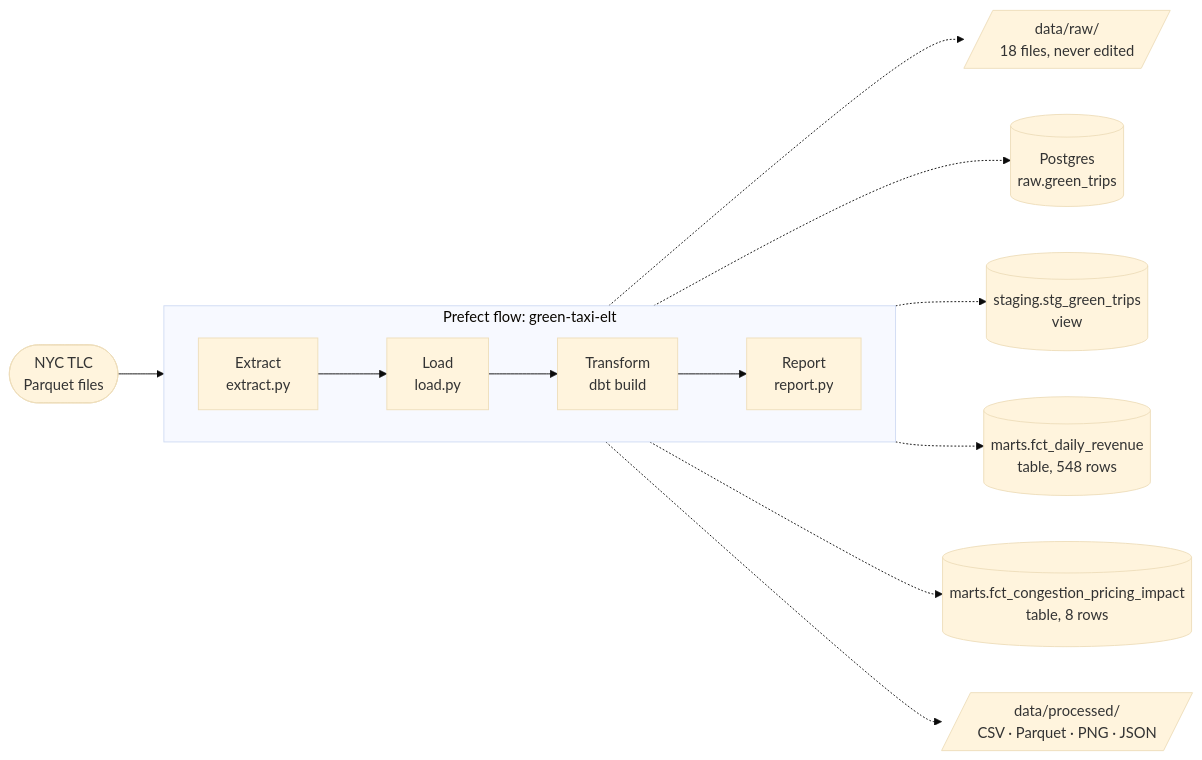
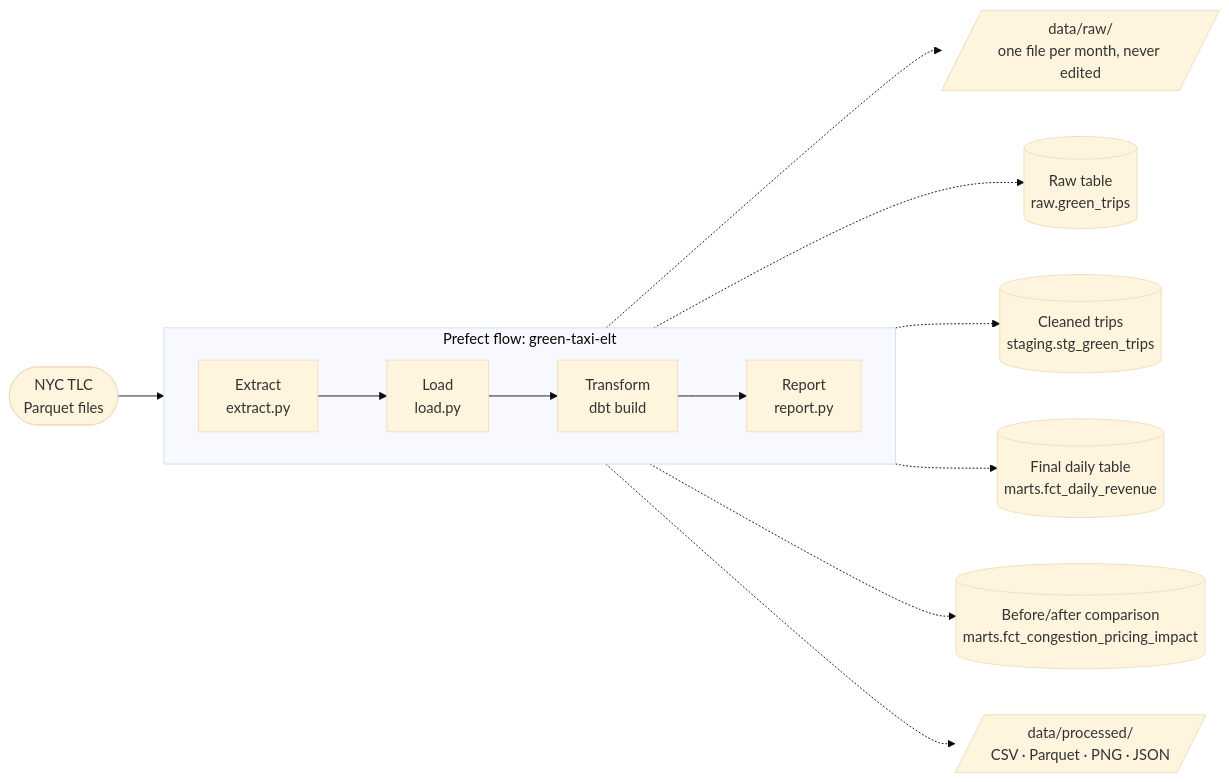
One commit to sean-mas/nyc-taxi-congestion-pricing-pipeline changed the diagram in README.md. Above: the diagram before and after it, drawn with Mermaid (base theme). The commit also changed other lines of this file and 2 other files, not shown here.

````diff
--- a/README.md
+++ b/README.md
@@ -45,14 +84,14 @@
 ```mermaid
 flowchart LR
     subgraph prefect["Prefect flow: green-taxi-elt"]
         direction LR
         E["Extract<br/>extract.py"] --> L["Load<br/>load.py"] --> T["Transform<br/>dbt build"] --> R["Report<br/>report.py"]
     end
     TLC(["NYC TLC<br/>Parquet files"]) --> E
-    E -.-> RAW[/"data/raw/<br/>18 files, never edited"/]
-    L -.-> PG[("Postgres<br/>raw.green_trips")]
-    T -.-> STG[("staging.stg_green_trips<br/>view")]
-    T -.-> MART[("marts.fct_daily_revenue<br/>table, 548 rows")]
-    T -.-> IMPACT[("marts.fct_congestion_pricing_impact<br/>table, 8 rows")]
+    E -.-> RAW[/"data/raw/<br/>one file per month, never edited"/]
+    L -.-> PG[("Raw table<br/>raw.green_trips")]
+    T -.-> STG[("Cleaned trips<br/>staging.stg_green_trips")]
+    T -.-> DAILY[("Final daily table<br/>marts.fct_daily_revenue")]
+    T -.-> IMPACT[("Before/after comparison<br/>marts.fct_congestion_pricing_impact")]
     R -.-> OUT[/"data/processed/<br/>CSV · Parquet · PNG · JSON"/]
 ```
````
